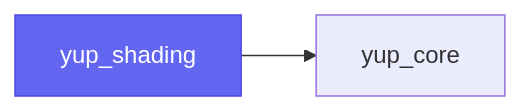
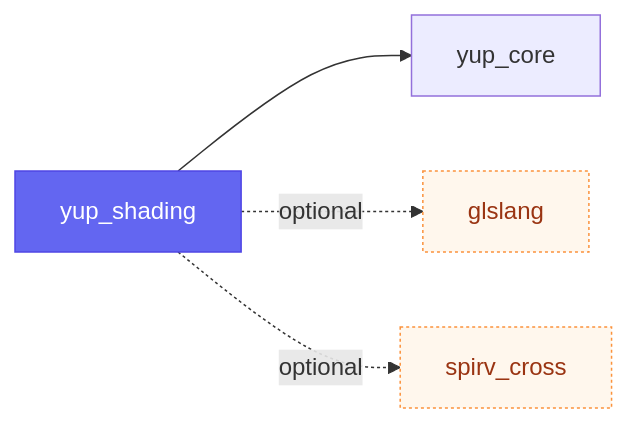
The fourth of 19 diagrams in docs/modules.md (kunitoki/yup), drawn with Mermaid before and after one commit. The commit also changed other lines of this file and 13 other files, not shown here.

````diff
--- a/docs/modules.md
+++ b/docs/modules.md
@@ -79,6 +112,9 @@
 ```mermaid
 flowchart LR
     yup_shading:::self --> yup_core
+    yup_shading -. optional .-> glslang:::opt
+    yup_shading -. optional .-> spirv_cross:::opt
     classDef self fill:#6366f1,color:#fff,stroke:#4f46e5;
     classDef ext fill:#f3f4f6,color:#374151,stroke:#9ca3af,stroke-dasharray:4 3;
+    classDef opt fill:#fff7ed,color:#9a3412,stroke:#fb923c,stroke-dasharray:2 2;
 ```
````
